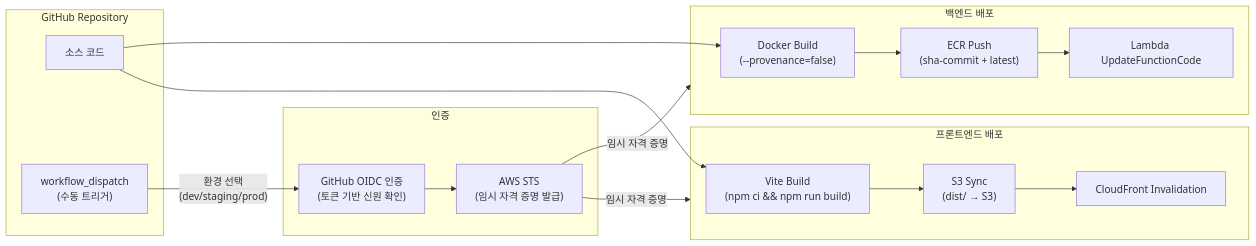
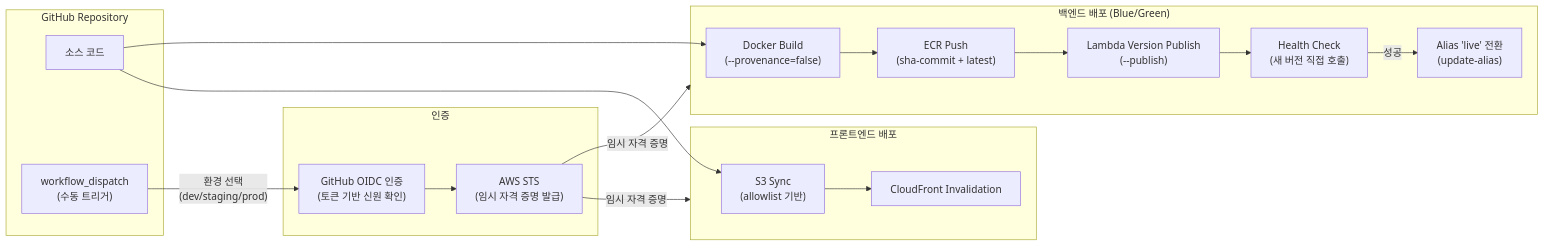
One commit to 80-hours-a-week/2-cho-community-fe changed the seventh of 18 diagrams in report.md. Above: the diagram before and after it, drawn with Mermaid. The commit also changed other lines of this file, not shown here.

First line of the commit message:
docs: report.md 동기화 (EventBridge, 분산 Rate Limiter, Blue/Green, SES 반영)

````diff
--- a/report.md
+++ b/report.md
@@ -374,37 +393,39 @@
 ```mermaid
 flowchart LR
     subgraph GitHub["GitHub Repository"]
         Code["소스 코드"]
         WD["workflow_dispatch<br/>(수동 트리거)"]
     end
 
     subgraph Auth["인증"]
         OIDC["GitHub OIDC 인증<br/>(토큰 기반 신원 확인)"]
         STS["AWS STS<br/>(임시 자격 증명 발급)"]
     end
 
-    subgraph Backend_Deploy["백엔드 배포"]
+    subgraph Backend_Deploy["백엔드 배포 (Blue/Green)"]
         Docker["Docker Build<br/>(--provenance=false)"]
         ECR_Push["ECR Push<br/>(sha-commit + latest)"]
-        Lambda_Update["Lambda UpdateFunctionCode"]
+        Lambda_Publish["Lambda Version Publish<br/>(--publish)"]
+        Health["Health Check<br/>(새 버전 직접 호출)"]
+        Alias_Switch["Alias 'live' 전환<br/>(update-alias)"]
     end
 
     subgraph Frontend_Deploy["프론트엔드 배포"]
-        FE_Build["Vite Build<br/>(npm ci && npm run build)"]
-        S3_Sync["S3 Sync<br/>(dist/ → S3)"]
+        S3_Sync["S3 Sync<br/>(allowlist 기반)"]
         CF_Inv["CloudFront Invalidation"]
     end
 
     WD -->|"환경 선택<br/>(dev/staging/prod)"| OIDC
     OIDC --> STS
     STS -->|"임시 자격 증명"| Backend_Deploy
     STS -->|"임시 자격 증명"| Frontend_Deploy
 
     Code --> Docker
     Docker --> ECR_Push
-    ECR_Push --> Lambda_Update
+    ECR_Push --> Lambda_Publish
+    Lambda_Publish --> Health
+    Health -->|"성공"| Alias_Switch
 
-    Code --> FE_Build
-    FE_Build --> S3_Sync
+    Code --> S3_Sync
     S3_Sync --> CF_Inv
 ```
````
